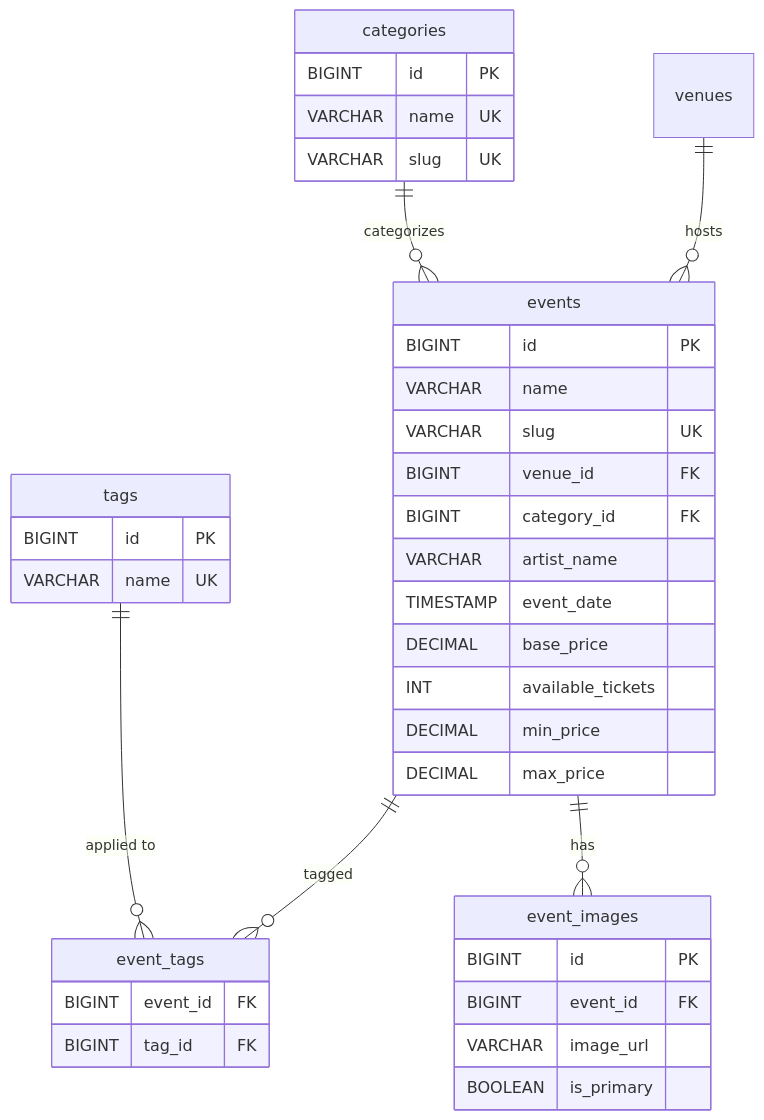
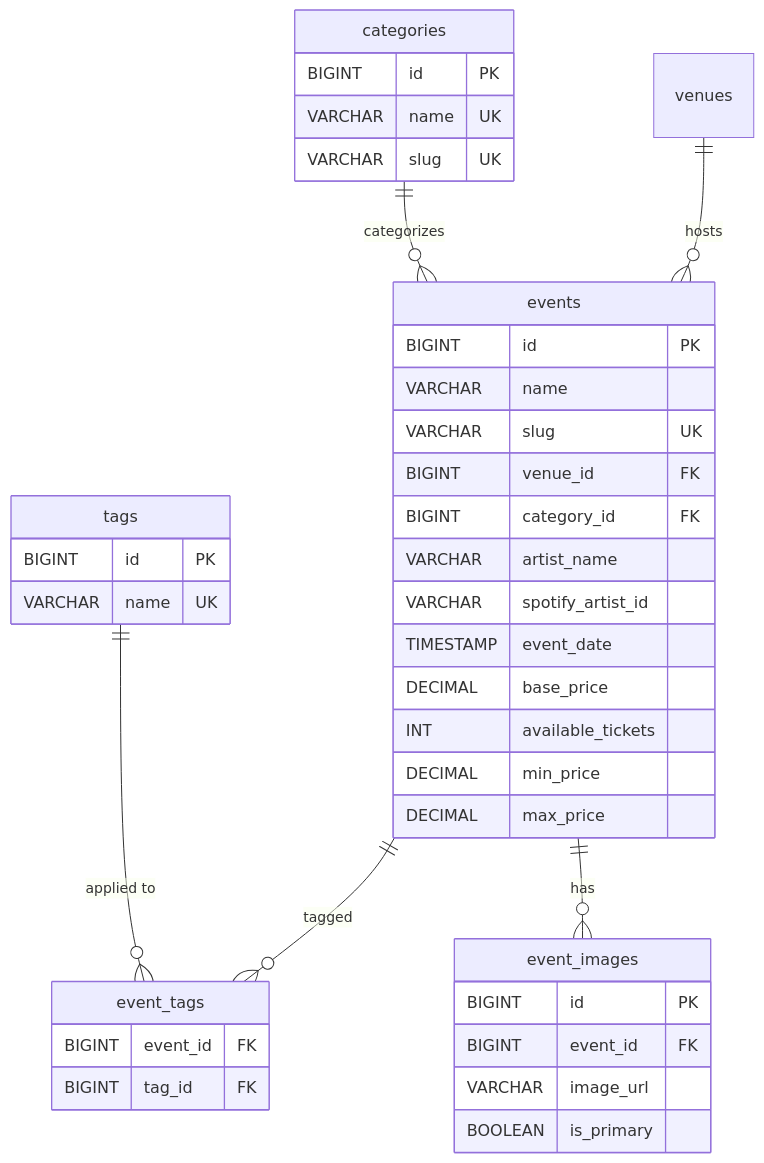
One commit to kousen/mockhub changed the third of 7 diagrams in ARCHITECTURE.md. Above: the diagram before and after it, drawn with Mermaid. The commit also changed other lines of this file and 3 other files, not shown here.

````diff
--- a/ARCHITECTURE.md
+++ b/ARCHITECTURE.md
@@ -129,41 +141,42 @@
 ```mermaid
 erDiagram
     categories {
         BIGINT id PK
         VARCHAR name UK
         VARCHAR slug UK
     }
     tags {
         BIGINT id PK
         VARCHAR name UK
     }
     events {
         BIGINT id PK
         VARCHAR name
         VARCHAR slug UK
         BIGINT venue_id FK
         BIGINT category_id FK
         VARCHAR artist_name
+        VARCHAR spotify_artist_id
         TIMESTAMP event_date
         DECIMAL base_price
         INT available_tickets
         DECIMAL min_price
         DECIMAL max_price
     }
     event_tags {
         BIGINT event_id FK
         BIGINT tag_id FK
     }
     event_images {
         BIGINT id PK
         BIGINT event_id FK
         VARCHAR image_url
         BOOLEAN is_primary
     }
 
     categories ||--o{ events : "categorizes"
     venues ||--o{ events : "hosts"
     events ||--o{ event_tags : "tagged"
     tags ||--o{ event_tags : "applied to"
     events ||--o{ event_images : "has"
 ```
````
